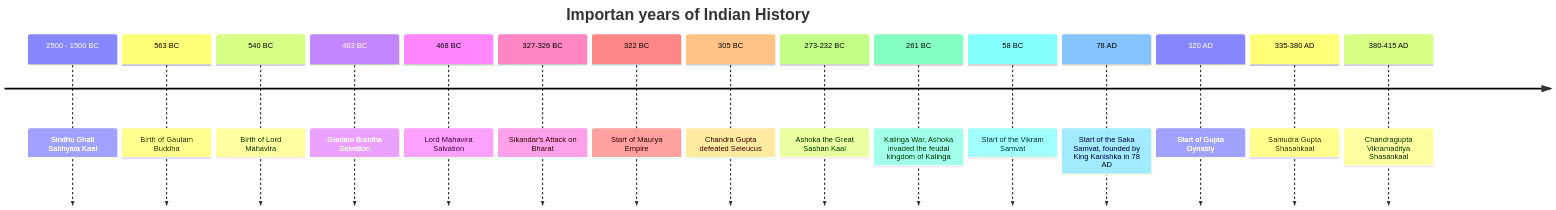
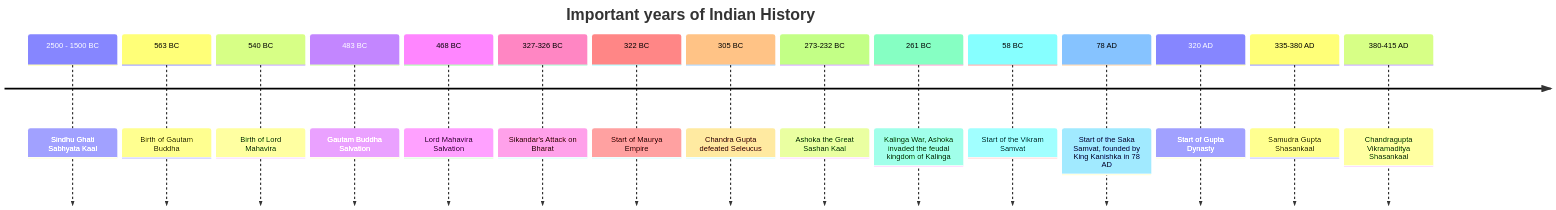
The diagram in IndianHistory.md (jainartifacts/general), drawn with Mermaid before and after one commit.

````diff
--- a/IndianHistory.md
+++ b/IndianHistory.md
@@ -1,21 +1,21 @@
 ```mermaid
 timeline
-    title Importan years of Indian History
+    title Important years of Indian History
     2500 - 1500 BC : Sindhu Ghati Sabhyata Kaal
     563 BC : Birth of Gautam Buddha
     540 BC : Birth of Lord Mahavira
     483 BC : Gautam Buddha Salvation
     468 BC : Lord Mahavira Salvation
     327-326 BC : Sikandar's Attack on Bharat
     322 BC : Start of Maurya Empire
     305 BC : Chandra Gupta defeated Seleucus
     273-232 BC : Ashoka the Great Sashan Kaal
     261 BC : Kalinga War, Ashoka invaded the feudal kingdom of Kalinga
     58 BC : Start of the Vikram Samvat
     78 AD : Start of the Saka Samvat, founded by King Kanishka in 78 AD
     320 AD : Start of Gupta Dynasty
     335-380 AD : Samudra Gupta Shasankaal
     380-415 AD : Chandragupta Vikramaditya Shasankaal
     
  
 ```
````
